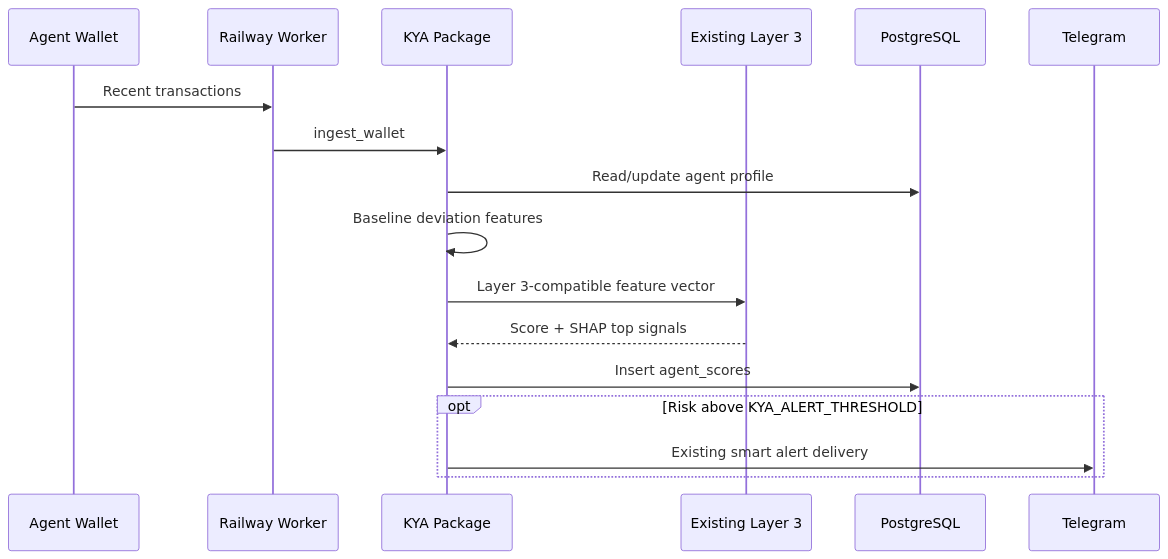
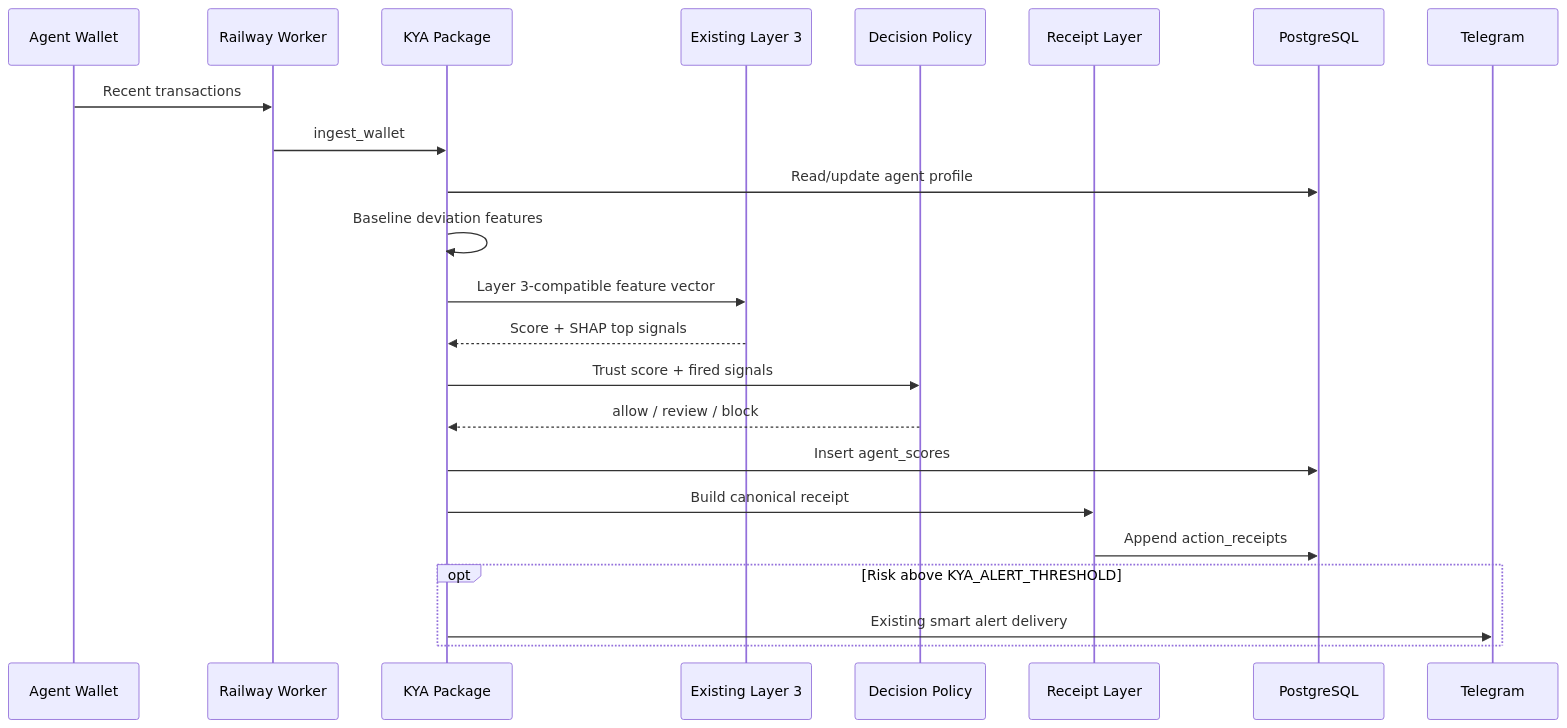
The third of 7 diagrams in README.md (hasansazly/Talosly-startup), drawn with Mermaid before and after one commit. The commit also changed other lines of this file, not shown here.

Commit message:
Update README for agent trust product

````diff
--- a/README.md
+++ b/README.md
@@ -176,20 +166,26 @@
 ```mermaid
 sequenceDiagram
   participant Wallet as Agent Wallet
   participant Worker as Railway Worker
   participant KYA as KYA Package
   participant L3 as Existing Layer 3
+  participant Decision as Decision Policy
+  participant Receipt as Receipt Layer
   participant DB as PostgreSQL
   participant TG as Telegram
 
   Wallet->>Worker: Recent transactions
   Worker->>KYA: ingest_wallet
   KYA->>DB: Read/update agent profile
   KYA->>KYA: Baseline deviation features
   KYA->>L3: Layer 3-compatible feature vector
   L3-->>KYA: Score + SHAP top signals
+  KYA->>Decision: Trust score + fired signals
+  Decision-->>KYA: allow / review / block
   KYA->>DB: Insert agent_scores
+  KYA->>Receipt: Build canonical receipt
+  Receipt->>DB: Append action_receipts
   opt Risk above KYA_ALERT_THRESHOLD
     KYA->>TG: Existing smart alert delivery
   end
 ```
````
